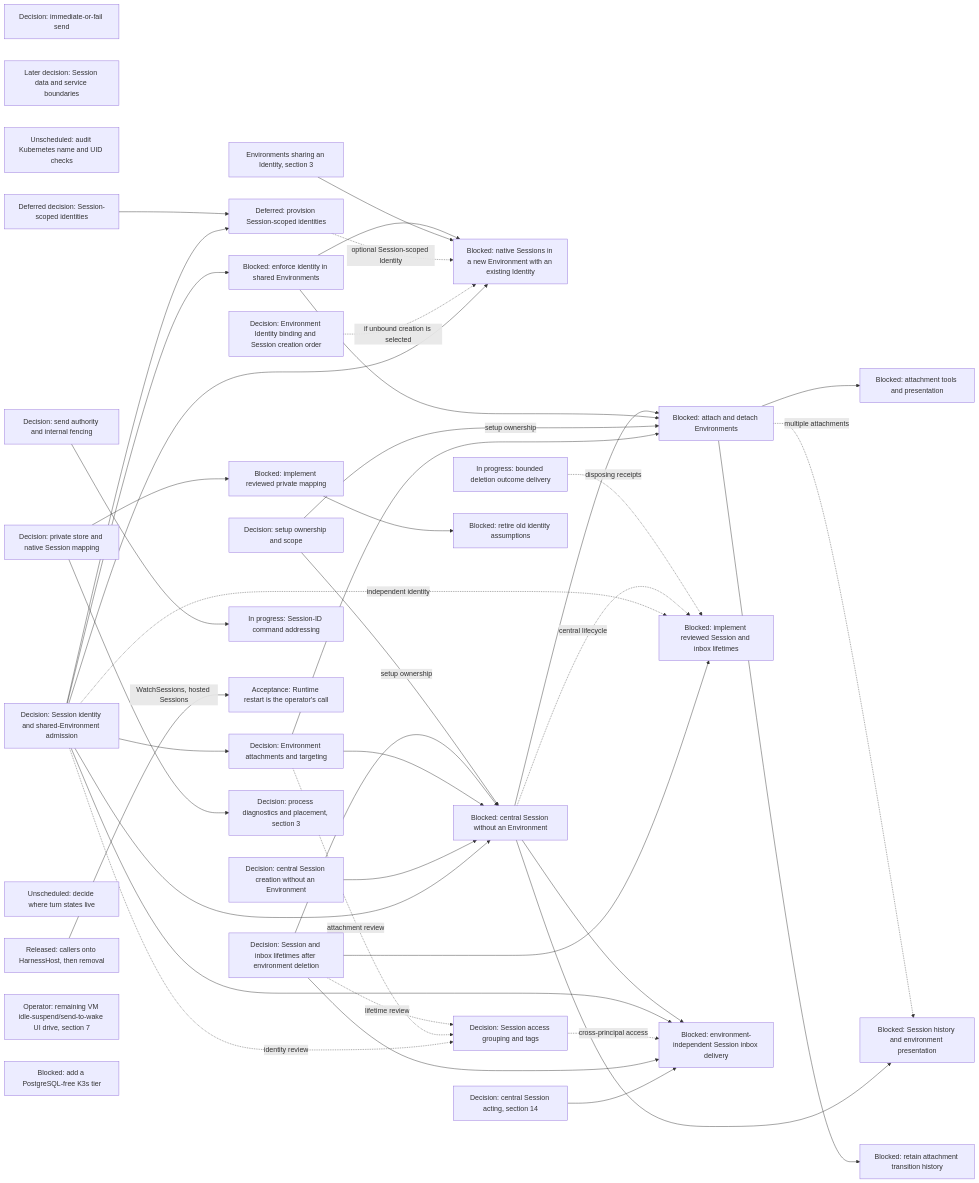
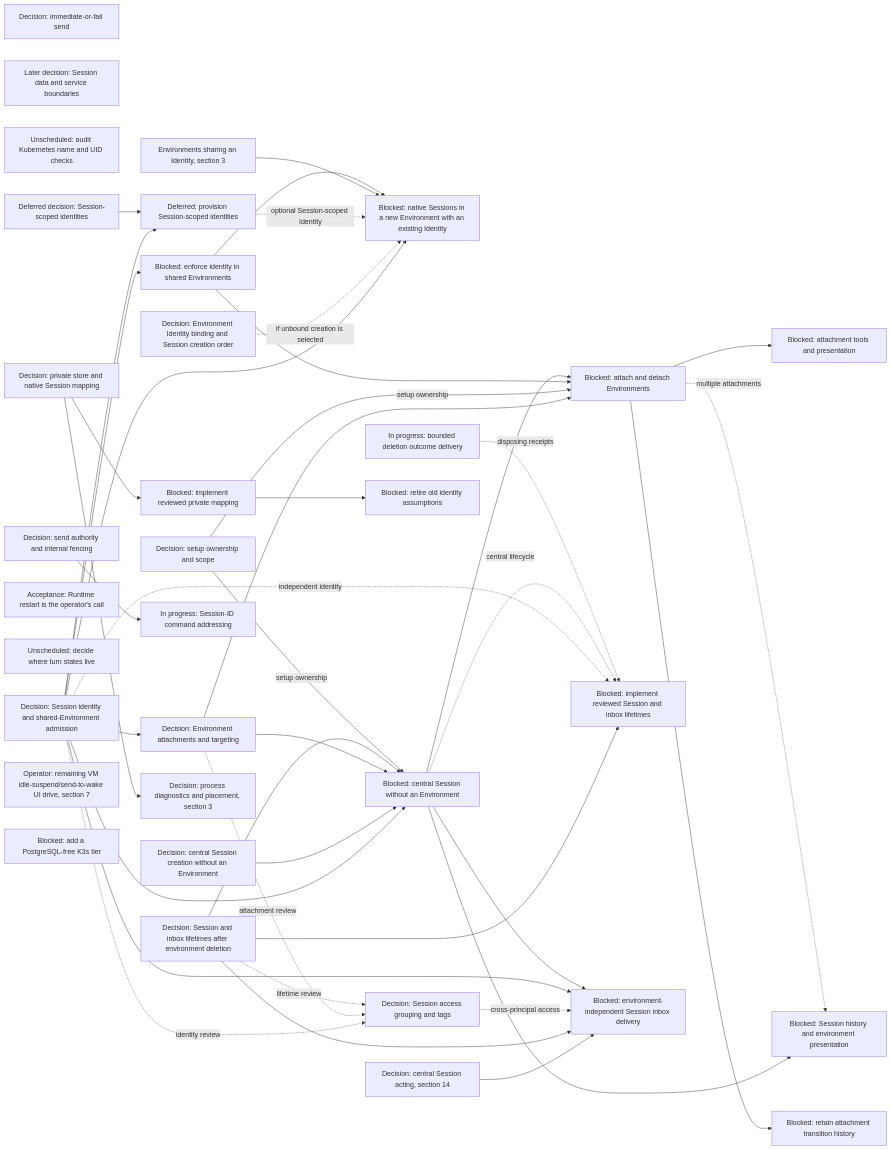
Before and after one commit to agentydragon/ducktape: diagram 15 of 20 in agentplane/plans/task_dag.md, drawn with Mermaid. The commit also changed other lines of this file and 78 other files, not shown here.

````diff
--- a/agentplane/plans/task_dag.md
+++ b/agentplane/plans/task_dag.md
@@ -2451,76 +2451,74 @@
 ```mermaid
 flowchart LR
     DISPATCHER_PERSISTENCE_MODEL_DESIGN[Decision: immediate-or-fail send]
     SESSION_DATA_OWNERSHIP_DESIGN[Later decision: Session data and service boundaries]
     KUBERNETES_UID_CHECK_AUDIT[Unscheduled: audit Kubernetes name and UID checks]
     SESSION_IDENTITY_CONTRACT[Decision: Session identity and shared-Environment admission]
     ENVIRONMENT_IDENTITY_BINDING_DESIGN[Decision: Environment Identity binding and Session creation order]
     SESSION_IDENTITY_PROVISIONING_DESIGN[Deferred decision: Session-scoped identities]
     SESSION_MANAGED_IDENTITY[Deferred: provision Session-scoped identities]
     SESSION_NATIVE_IDENTITY_WORKFLOW[Blocked: native Sessions in a new Environment with an existing Identity]
     ENVIRONMENT_SHARED_IDENTITY[Environments sharing an Identity, section 3]
     SESSION_ACCESS_GROUPING_DESIGN[Decision: Session access grouping and tags]
     CENTRAL_SESSION_CREATION_CONTRACT[Decision: central Session creation without an Environment]
     SESSION_ATTACHMENT_CONTRACT[Decision: Environment attachments and targeting]
     SESSION_ENVIRONMENT_SETUP_DESIGN[Decision: setup ownership and scope]
     SESSION_IDENTITY_ENFORCEMENT[Blocked: enforce identity in shared Environments]
     CENTRAL_SESSION_WITHOUT_ENVIRONMENT[Blocked: central Session without an Environment]
     SESSION_ENV_ATTACHMENTS[Blocked: attach and detach Environments]
     SESSION_ATTACHMENT_SURFACES[Blocked: attachment tools and presentation]
     SESSION_ATTACHMENT_HISTORY[Blocked: retain attachment transition history]
     SESSION_LIFETIME_IMPLEMENTATION[Blocked: implement reviewed Session and inbox lifetimes]
     CENTRAL_SESSION_NOTIFICATIONS[Blocked: environment-independent Session inbox delivery]
     DELIVERY_DESTINATION_AUTHORITY_DESIGN[Decision: send authority and internal fencing]
     SESSION_DELETION_FENCE[In progress: bounded deletion outcome delivery]
     SESSION_AND_INBOX_LIFETIME[Decision: Session and inbox lifetimes after environment deletion]
     DELIVERY_DESTINATION_CONTRACT[In progress: Session-ID command addressing]
     SESSION_HISTORY_PRESENTATION[Blocked: Session history and environment presentation]
-    HARNESS_HOST_EXTRACTION[Released: callers onto HarnessHost, then removal]
     DISPATCHER_RUNNING_STATUS[Acceptance: Runtime restart is the operator's call]
     TURN_STATE_PLACEMENT_DESIGN[Unscheduled: decide where turn states live]
-    HARNESS_HOST_EXTRACTION -- WatchSessions, hosted Sessions --> DISPATCHER_RUNNING_STATUS
     SESSION_IDENTITY_CONTRACT --> CENTRAL_SESSION_WITHOUT_ENVIRONMENT
     CENTRAL_SESSION_ACTING_DESIGN[Decision: central Session acting, section 14] --> CENTRAL_SESSION_NOTIFICATIONS
     CENTRAL_SESSION_CREATION_CONTRACT --> CENTRAL_SESSION_WITHOUT_ENVIRONMENT
     SESSION_ATTACHMENT_CONTRACT --> CENTRAL_SESSION_WITHOUT_ENVIRONMENT
     SESSION_AND_INBOX_LIFETIME --> CENTRAL_SESSION_WITHOUT_ENVIRONMENT
     SESSION_IDENTITY_CONTRACT --> SESSION_IDENTITY_ENFORCEMENT
     SESSION_IDENTITY_CONTRACT --> SESSION_MANAGED_IDENTITY
     SESSION_IDENTITY_PROVISIONING_DESIGN --> SESSION_MANAGED_IDENTITY
     SESSION_IDENTITY_CONTRACT --> SESSION_NATIVE_IDENTITY_WORKFLOW
     ENVIRONMENT_IDENTITY_BINDING_DESIGN -. if unbound creation is selected .-> SESSION_NATIVE_IDENTITY_WORKFLOW
     SESSION_MANAGED_IDENTITY -. optional Session-scoped Identity .-> SESSION_NATIVE_IDENTITY_WORKFLOW
     ENVIRONMENT_SHARED_IDENTITY --> SESSION_NATIVE_IDENTITY_WORKFLOW
     SESSION_IDENTITY_ENFORCEMENT --> SESSION_NATIVE_IDENTITY_WORKFLOW
     SESSION_IDENTITY_CONTRACT --> SESSION_ATTACHMENT_CONTRACT
     SESSION_ATTACHMENT_CONTRACT --> SESSION_ENV_ATTACHMENTS
     SESSION_ENVIRONMENT_SETUP_DESIGN -- setup ownership --> SESSION_ENV_ATTACHMENTS
     SESSION_ENVIRONMENT_SETUP_DESIGN -- setup ownership --> CENTRAL_SESSION_WITHOUT_ENVIRONMENT
     SESSION_IDENTITY_ENFORCEMENT --> SESSION_ENV_ATTACHMENTS
     CENTRAL_SESSION_WITHOUT_ENVIRONMENT --> SESSION_ENV_ATTACHMENTS
     SESSION_ENV_ATTACHMENTS --> SESSION_ATTACHMENT_SURFACES
     SESSION_ENV_ATTACHMENTS --> SESSION_ATTACHMENT_HISTORY
     CENTRAL_SESSION_WITHOUT_ENVIRONMENT --> SESSION_HISTORY_PRESENTATION
     SESSION_ENV_ATTACHMENTS -. multiple attachments .-> SESSION_HISTORY_PRESENTATION
     SESSION_AND_INBOX_LIFETIME --> SESSION_LIFETIME_IMPLEMENTATION
     SESSION_IDENTITY_CONTRACT -. independent identity .-> SESSION_LIFETIME_IMPLEMENTATION
     CENTRAL_SESSION_WITHOUT_ENVIRONMENT -. central lifecycle .-> SESSION_LIFETIME_IMPLEMENTATION
     SESSION_DELETION_FENCE -. disposing receipts .-> SESSION_LIFETIME_IMPLEMENTATION
     SESSION_AND_INBOX_LIFETIME --> CENTRAL_SESSION_NOTIFICATIONS
     SESSION_IDENTITY_CONTRACT -. identity review .-> SESSION_ACCESS_GROUPING_DESIGN
     SESSION_ATTACHMENT_CONTRACT -. attachment review .-> SESSION_ACCESS_GROUPING_DESIGN
     SESSION_AND_INBOX_LIFETIME -. lifetime review .-> SESSION_ACCESS_GROUPING_DESIGN
     SESSION_ACCESS_GROUPING_DESIGN -. cross-principal access .-> CENTRAL_SESSION_NOTIFICATIONS
     SESSION_IDENTITY_CONTRACT --> CENTRAL_SESSION_NOTIFICATIONS
     CENTRAL_SESSION_WITHOUT_ENVIRONMENT --> CENTRAL_SESSION_NOTIFICATIONS
     HARNESS_IDENTITY_DESIGN[Decision: private store and native Session mapping]
     RUNNER_STORE_SESSION_IDENTITY[Blocked: implement reviewed private mapping]
     RUNNER_IDENTITY_LEGACY_CLEANUP[Blocked: retire old identity assumptions]
     IDLE_SUSPEND_UI_DRIVE[Operator: remaining VM idle-suspend/send-to-wake UI drive, section 7]
     RUNNER_HARNESS_OBJECTS_DESIGN[Decision: process diagnostics and placement, section 3]
     CNPG_FREE_K3S_INTEGRATION_TIER[Blocked: add a PostgreSQL-free K3s tier]
     DELIVERY_DESTINATION_AUTHORITY_DESIGN --> DELIVERY_DESTINATION_CONTRACT
     RUNNER_STORE_SESSION_IDENTITY --> RUNNER_IDENTITY_LEGACY_CLEANUP
     HARNESS_IDENTITY_DESIGN --> RUNNER_STORE_SESSION_IDENTITY
     HARNESS_IDENTITY_DESIGN --> RUNNER_HARNESS_OBJECTS_DESIGN
 ```
````
